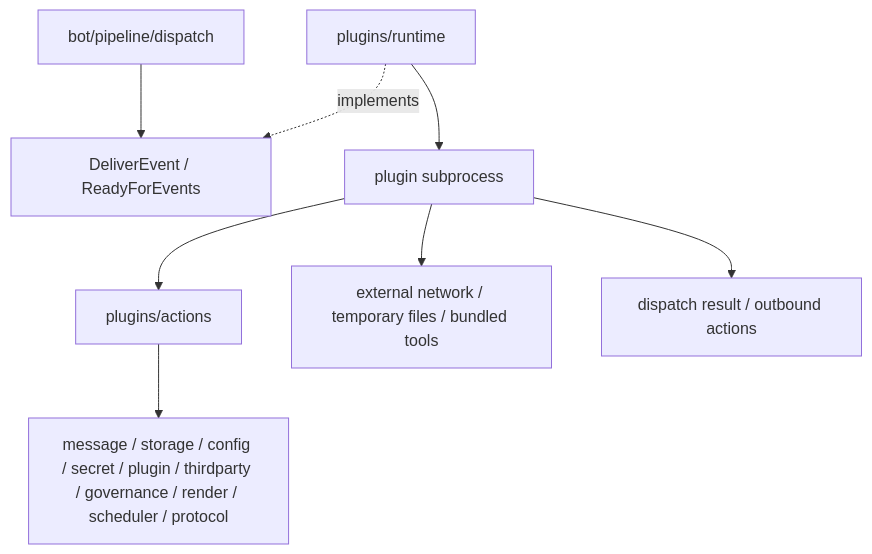
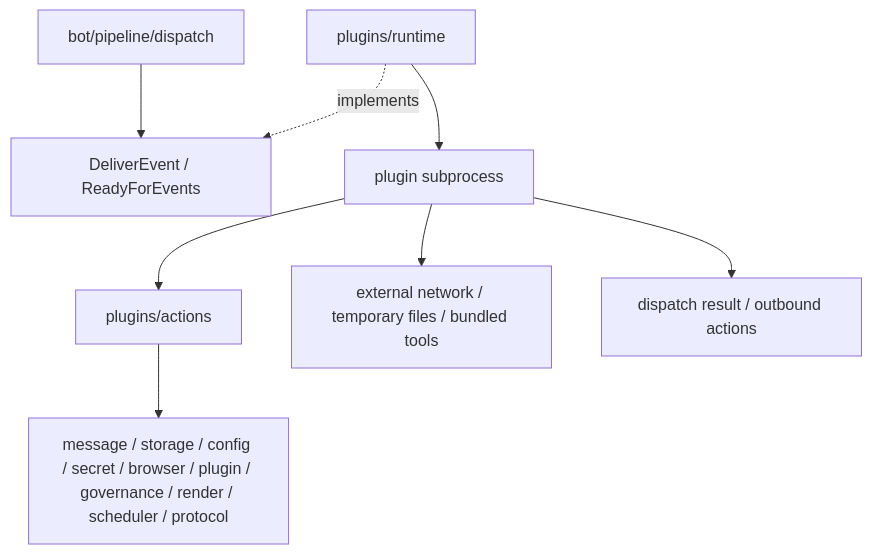
The second of 2 diagrams in docs/architecture/plugin-runtime.md (RayleaBot/RayleaBot), drawn with Mermaid before and after one commit. The commit also changed other lines of this file and 267 other files, not shown here.

````diff
--- a/docs/architecture/plugin-runtime.md
+++ b/docs/architecture/plugin-runtime.md
@@ -50,10 +50,10 @@
 ```mermaid
 flowchart TD
   dispatcher["bot/pipeline/dispatch"] --> delivery["DeliverEvent / ReadyForEvents"]
   runtime["plugins/runtime"] -. implements .-> delivery
   runtime --> plugin["plugin subprocess"]
   plugin --> localaction["plugins/actions"]
-  localaction --> service["message / storage / config / secret / plugin / thirdparty / governance / render / scheduler / protocol"]
+  localaction --> service["message / storage / config / secret / browser / plugin / governance / render / scheduler / protocol"]
   plugin --> ownwork["external network / temporary files / bundled tools"]
   plugin --> result["dispatch result / outbound actions"]
 ```
````
